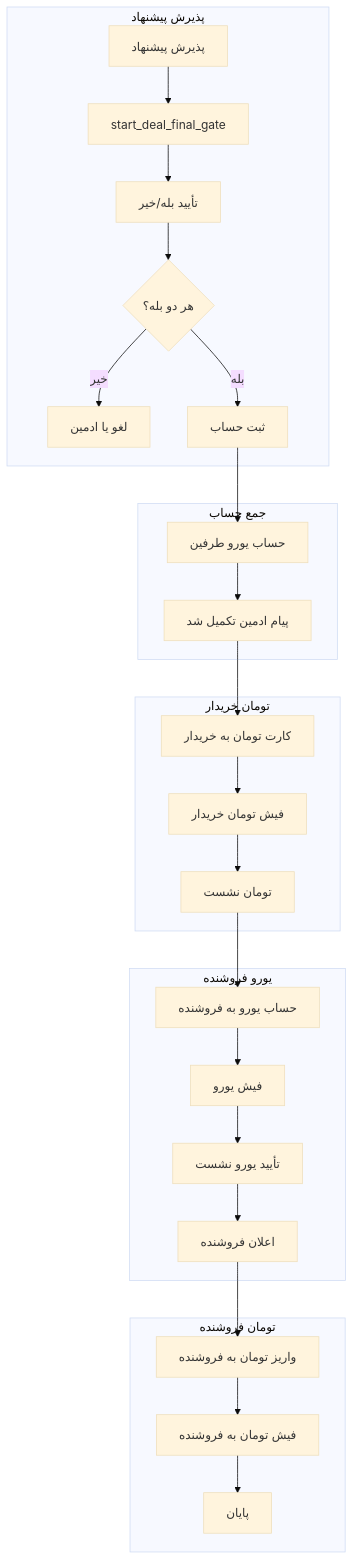
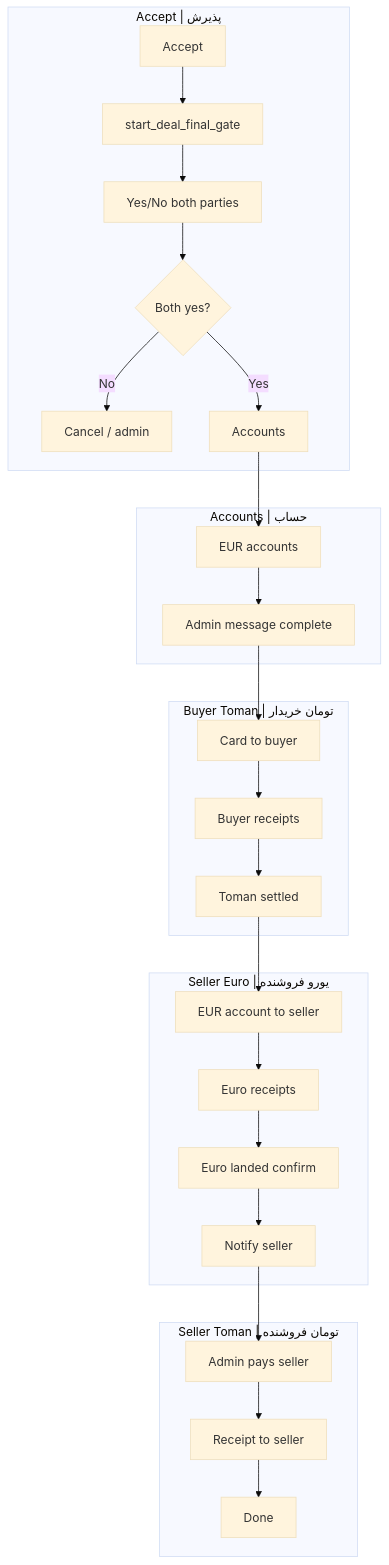
Before and after one commit to soha15167/Sepid_Exchange_Bot: the diagram in docs/DEAL_GATE.md, drawn with Mermaid (base theme). The commit also changed other lines of this file and 6 other files, not shown here.

````diff
--- a/docs/DEAL_GATE.md
+++ b/docs/DEAL_GATE.md
@@ -24,34 +28,34 @@
 ```mermaid
 flowchart TB
-    subgraph phase0 ["پذیرش پیشنهاد"]
-        A["پذیرش پیشنهاد"] --> B["start_deal_final_gate"]
-        B --> C["تأیید بله/خیر"]
-        C --> D{"هر دو بله؟"}
-        D -->|خیر| X["لغو یا ادمین"]
-        D -->|بله| E["ثبت حساب"]
+    subgraph phase0 ["Accept | پذیرش"]
+        A["Accept"] --> B["start_deal_final_gate"]
+        B --> C["Yes/No both parties"]
+        C --> D{"Both yes?"}
+        D -->|No| X["Cancel / admin"]
+        D -->|Yes| E["Accounts"]
     end
 
-    subgraph phase1 ["جمع حساب"]
-        E --> F["حساب یورو طرفین"]
-        F --> G["پیام ادمین تکمیل شد"]
+    subgraph phase1 ["Accounts | حساب"]
+        E --> F["EUR accounts"]
+        F --> G["Admin message complete"]
     end
 
-    subgraph phase2 ["تومان خریدار"]
-        G --> H["کارت تومان به خریدار"]
-        H --> I["فیش تومان خریدار"]
-        I --> J["تومان نشست"]
+    subgraph phase2 ["Buyer Toman | تومان خریدار"]
+        G --> H["Card to buyer"]
+        H --> I["Buyer receipts"]
+        I --> J["Toman settled"]
     end
 
-    subgraph phase3 ["یورو فروشنده"]
-        J --> K["حساب یورو به فروشنده"]
-        K --> L["فیش یورو"]
-        L --> M["تأیید یورو نشست"]
-        M --> O["اعلان فروشنده"]
+    subgraph phase3 ["Seller Euro | یورو فروشنده"]
+        J --> K["EUR account to seller"]
+        K --> L["Euro receipts"]
+        L --> M["Euro landed confirm"]
+        M --> O["Notify seller"]
     end
 
-    subgraph phase4 ["تومان فروشنده"]
-        O --> P["واریز تومان به فروشنده"]
-        P --> Q["فیش تومان به فروشنده"]
-        Q --> R["پایان"]
+    subgraph phase4 ["Seller Toman | تومان فروشنده"]
+        O --> P["Admin pays seller"]
+        P --> Q["Receipt to seller"]
+        Q --> R["Done"]
     end
 ```
````
